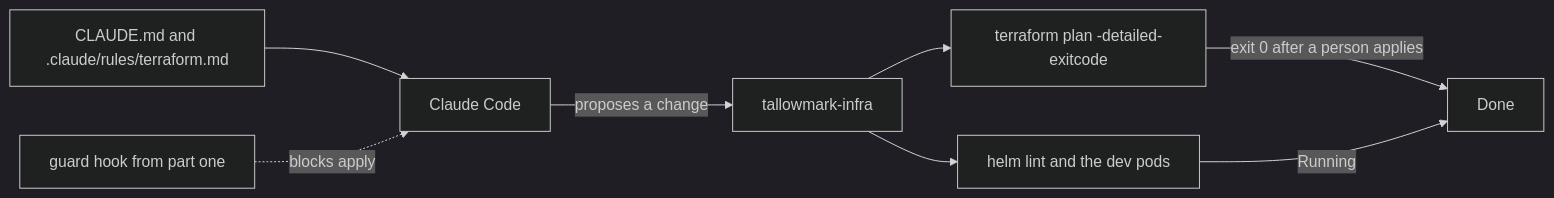
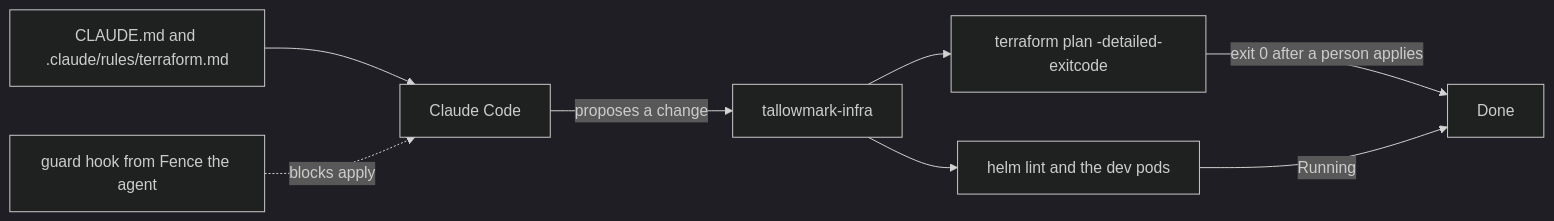
One commit to learnwithparam/claude-code-for-devops changed the diagram in parts/02-teach-the-repo/README.md. Above: the diagram before and after it, drawn with Mermaid (dark theme). The commit also changed other lines of this file and 9 other files, not shown here.

````diff
--- a/parts/02-teach-the-repo/README.md
+++ b/parts/02-teach-the-repo/README.md
@@ -21,10 +21,10 @@
 ```mermaid
 flowchart LR
   M[CLAUDE.md and .claude/rules/terraform.md] --> A[Claude Code]
   A -->|proposes a change| R[tallowmark-infra]
   R --> P[terraform plan -detailed-exitcode]
   R --> L[helm lint and the dev pods]
   P -->|exit 0 after a person applies| D[Done]
   L -->|Running| D
-  H[guard hook from part one] -.blocks apply.-> A
+  H[guard hook from Fence the agent] -.blocks apply.-> A
 ```
````
